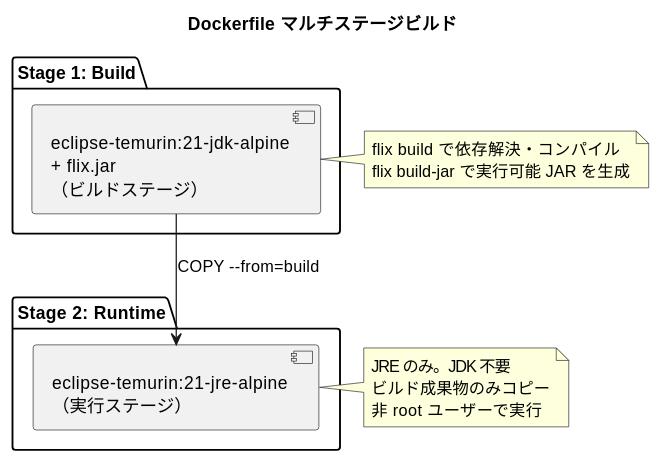
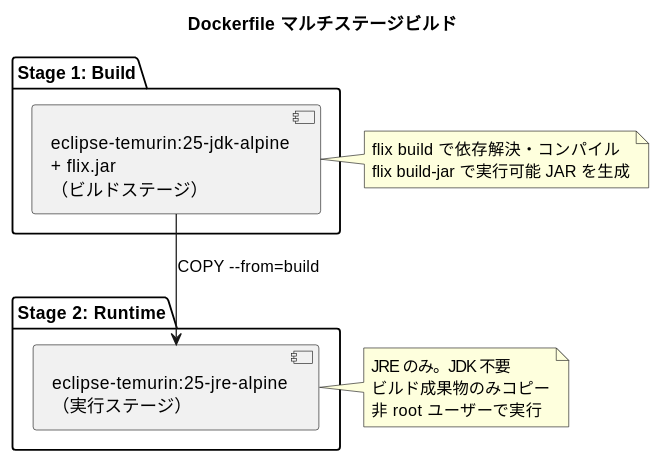
Before and after one commit to k2works/case-study-cargo-tracker: the second of 8 diagrams in docs/design/architecture_infrastructure.md, drawn with PlantUML. The commit also changed other lines of this file and 3 other files, not shown here.

````diff
--- a/docs/design/architecture_infrastructure.md
+++ b/docs/design/architecture_infrastructure.md
@@ -89,19 +89,19 @@
 ```plantuml
 @startuml
 title Dockerfile マルチステージビルド
 
 package "Stage 1: Build" as build {
-  [eclipse-temurin:21-jdk-alpine\n+ flix.jar\n（ビルドステージ）] as builder
+  [eclipse-temurin:25-jdk-alpine\n+ flix.jar\n（ビルドステージ）] as builder
 }
 
 package "Stage 2: Runtime" as runtime {
-  [eclipse-temurin:21-jre-alpine\n（実行ステージ）] as runner
+  [eclipse-temurin:25-jre-alpine\n（実行ステージ）] as runner
 }
 
 note right of builder : flix build で依存解決・コンパイル\nflix build-jar で実行可能 JAR を生成
 note right of runner : JRE のみ。JDK 不要\nビルド成果物のみコピー\n非 root ユーザーで実行
 
 builder --> runner : COPY --from=build
 
 @enduml
 ```
````
